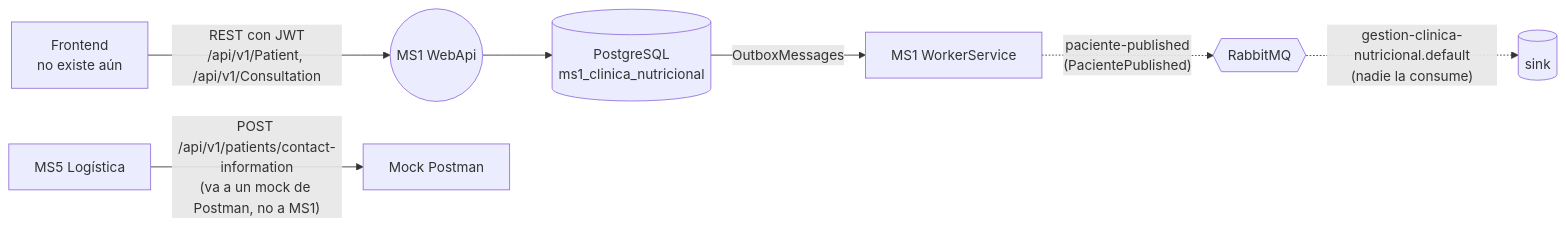
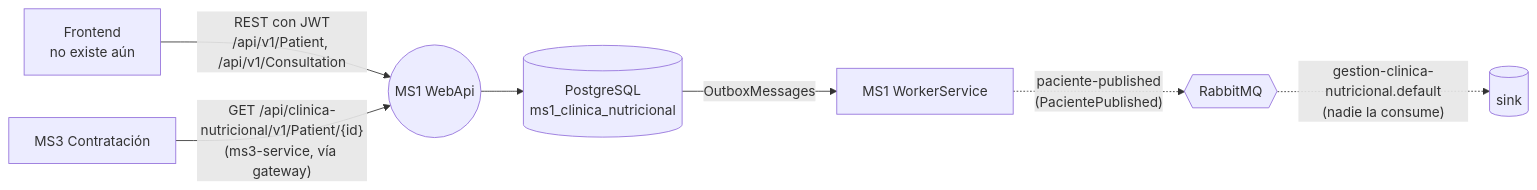
The diagram in services/ms1-clinic/README.md (Nur-tricenter/knowledge), drawn with Mermaid before and after one commit. The commit also changed other lines of this file and 30 other files, not shown here.

````diff
--- a/services/ms1-clinic/README.md
+++ b/services/ms1-clinic/README.md
@@ -34,9 +34,9 @@
 ```mermaid
 flowchart LR
   FE[Frontend<br/>no existe aún] -- "REST con JWT<br/>/api/v1/Patient, /api/v1/Consultation" --> API((MS1 WebApi))
   API --> DB[(PostgreSQL<br/>ms1_clinica_nutricional)]
   DB -- "OutboxMessages" --> W[MS1 WorkerService]
   W -. "paciente-published<br/>(PacientePublished)" .-> X{{RabbitMQ}}
   X -. "gestion-clinica-nutricional.default<br/>(nadie la consume)" .-> SINK[(sink)]
-  MS5[MS5 Logística] -- "POST /api/v1/patients/contact-information<br/>(va a un mock de Postman, no a MS1)" --> MOCK[Mock Postman]
+  MS3[MS3 Contratación] -- "GET /api/clinica-nutricional/v1/Patient/{id}<br/>(ms3-service, vía gateway)" --> API
 ```
````
